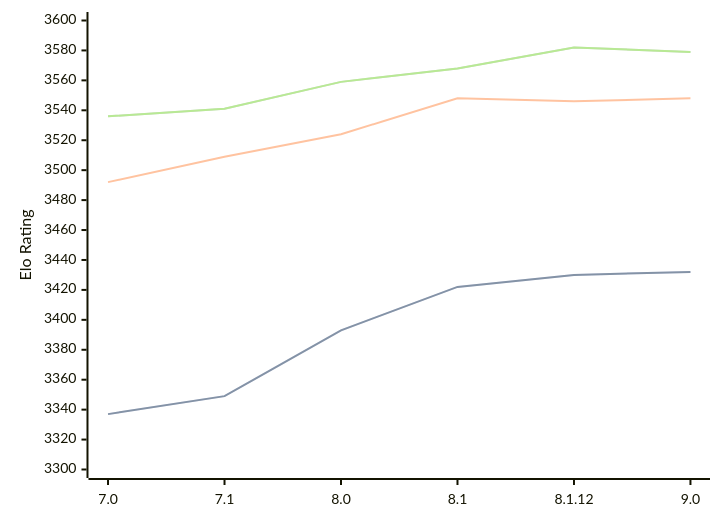
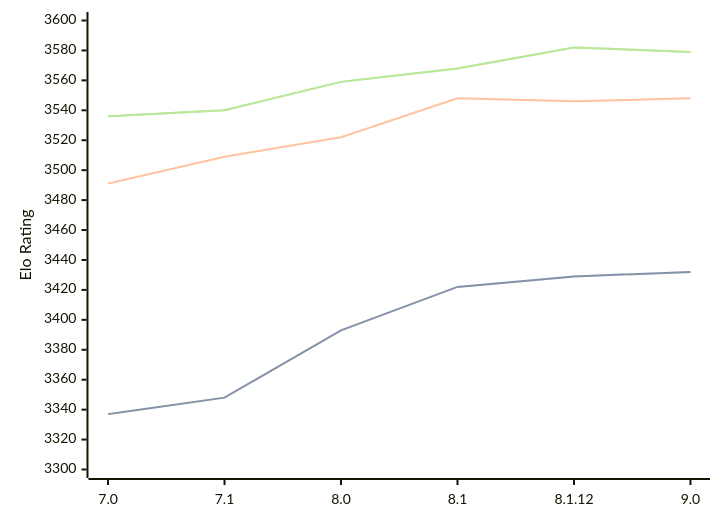
One commit to computer-chess-index/cci changed the diagram in engines/Alexandria.md. Above: the diagram before and after it, drawn with Mermaid. The commit also changed other lines of this file, not shown here.

Commit message:
Update CCI Ratings (ELO VLTC) - 2026-09-03

````diff
--- a/engines/Alexandria.md
+++ b/engines/Alexandria.md
@@ -36,11 +36,11 @@
 ```mermaid
 %%{init: {"theme":"base","themeVariables":{"seriesColors:['#a3a3a3','#222221','#faa371']}}}%%
 xychart-beta
   x-axis ["7.0", "7.1", "8.0", "8.1", "8.1.12", "9.0"]
   y-axis "Elo Rating" 3300 --> 3600
-  line "" [3337, 3349, 3393, 3422, 3430, 3432]
-  line "STC (8.0+0.08s)" [3337, 3349, 3393, 3422, 3430, 3432]
-  line "LTC (60.0+0.60s)" [3492, 3509, 3524, 3548, 3546, 3548]
-  line "" [3536, 3541, 3559, 3568, 3582, 3579]
-  line "VLTC (2m24s+1.12s)" [3536, 3541, 3559, 3568, 3582, 3579]
+  line "" [3337, 3348, 3393, 3422, 3429, 3432]
+  line "STC (8.0+0.08s)" [3337, 3348, 3393, 3422, 3429, 3432]
+  line "LTC (60.0+0.60s)" [3491, 3509, 3522, 3548, 3546, 3548]
+  line "" [3536, 3540, 3559, 3568, 3582, 3579]
+  line "VLTC (2m24s+1.12s)" [3536, 3540, 3559, 3568, 3582, 3579]
 ```
````
